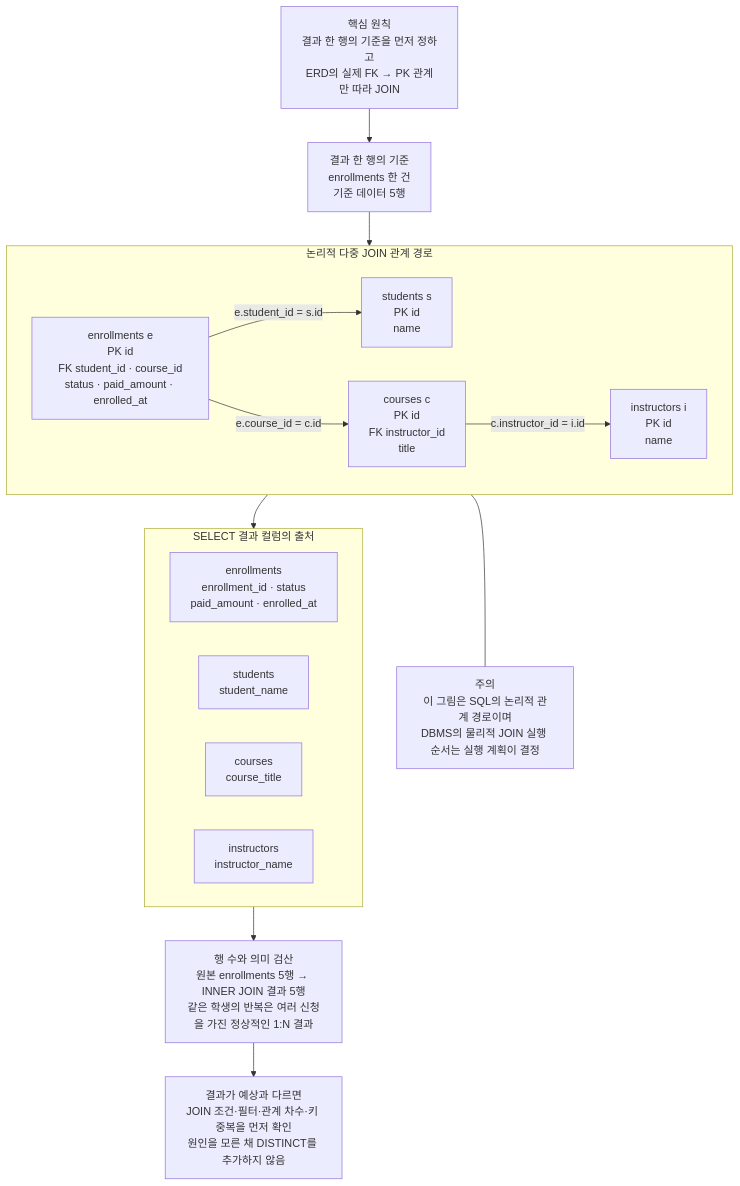
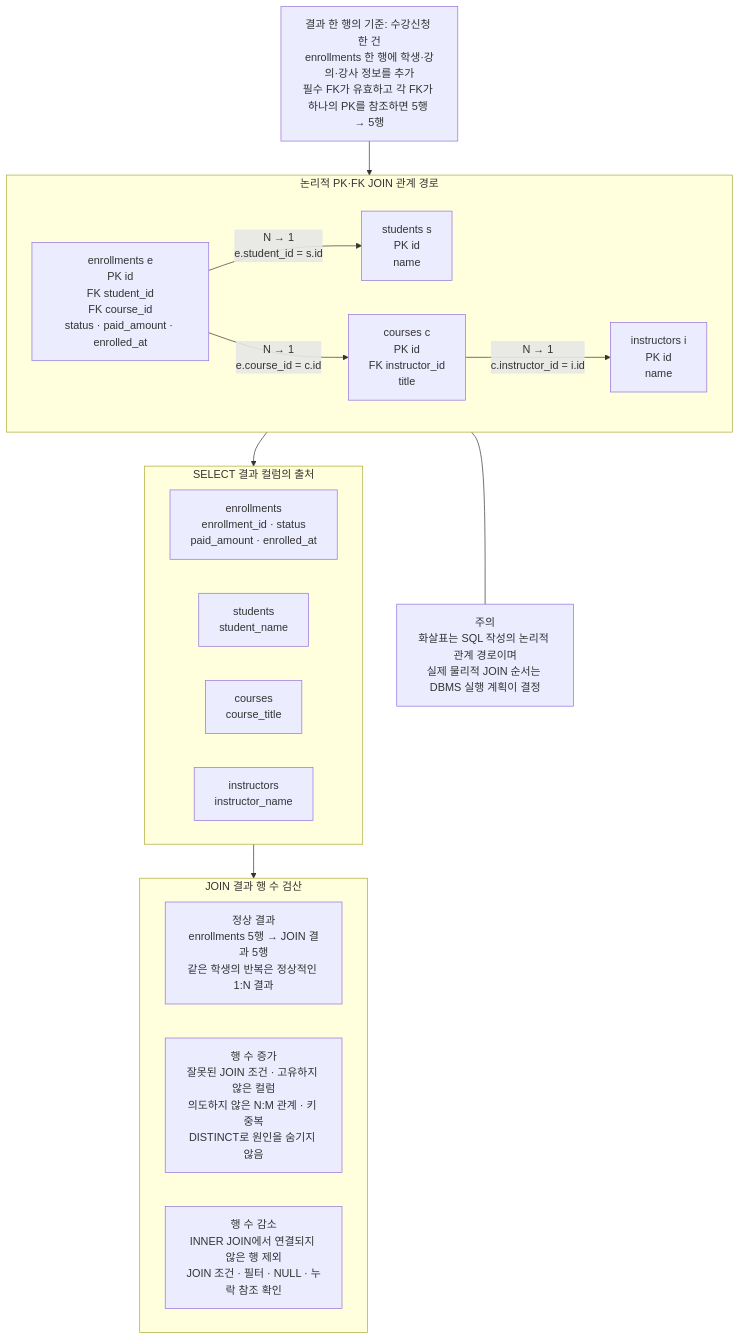
One commit to GilbertMoon/ai-database-book changed the diagram in images/chapter08/ch08_03_multi_table_join_path.mmd. Above: the diagram before and after it, drawn with Mermaid.

Commit message:
Sync Mermaid source for JOIN path diagram

```diff
--- a/images/chapter08/ch08_03_multi_table_join_path.mmd
+++ b/images/chapter08/ch08_03_multi_table_join_path.mmd
@@ -1,35 +1,36 @@
 flowchart TB
-    P["핵심 원칙<br/>결과 한 행의 기준을 먼저 정하고<br/>ERD의 실제 FK → PK 관계만 따라 JOIN"]
+    G["결과 한 행의 기준: 수강신청 한 건<br/>enrollments 한 행에 학생·강의·강사 정보를 추가<br/>필수 FK가 유효하고 각 FK가 하나의 PK를 참조하면 5행 → 5행"]
 
-    G["결과 한 행의 기준<br/>enrollments 한 건<br/>기준 데이터 5행"]
-
-    subgraph PATH[논리적 다중 JOIN 관계 경로]
+    subgraph PATH[논리적 PK·FK JOIN 관계 경로]
         direction LR
         S["students s<br/>PK id<br/>name"]
-        E["enrollments e<br/>PK id<br/>FK student_id · course_id<br/>status · paid_amount · enrolled_at"]
+        E["enrollments e<br/>PK id<br/>FK student_id<br/>FK course_id<br/>status · paid_amount · enrolled_at"]
         C["courses c<br/>PK id<br/>FK instructor_id<br/>title"]
         I["instructors i<br/>PK id<br/>name"]
 
-        E -->|"e.student_id = s.id"| S
-        E -->|"e.course_id = c.id"| C
-        C -->|"c.instructor_id = i.id"| I
+        E -->|"N → 1<br/>e.student_id = s.id"| S
+        E -->|"N → 1<br/>e.course_id = c.id"| C
+        C -->|"N → 1<br/>c.instructor_id = i.id"| I
     end
 
     subgraph COLS[SELECT 결과 컬럼의 출처]
         direction LR
         CE["enrollments<br/>enrollment_id · status<br/>paid_amount · enrolled_at"]
         CS["students<br/>student_name"]
         CC["courses<br/>course_title"]
         CI["instructors<br/>instructor_name"]
     end
 
-    V["행 수와 의미 검산<br/>원본 enrollments 5행 → INNER JOIN 결과 5행<br/>같은 학생의 반복은 여러 신청을 가진 정상적인 1:N 결과"]
-    W["결과가 예상과 다르면<br/>JOIN 조건·필터·관계 차수·키 중복을 먼저 확인<br/>원인을 모른 채 DISTINCT를 추가하지 않음"]
-    N["주의<br/>이 그림은 SQL의 논리적 관계 경로이며<br/>DBMS의 물리적 JOIN 실행 순서는 실행 계획이 결정"]
+    subgraph CHECK[JOIN 결과 행 수 검산]
+        direction LR
+        V["정상 결과<br/>enrollments 5행 → JOIN 결과 5행<br/>같은 학생의 반복은 정상적인 1:N 결과"]
+        UP["행 수 증가<br/>잘못된 JOIN 조건 · 고유하지 않은 컬럼<br/>의도하지 않은 N:M 관계 · 키 중복<br/>DISTINCT로 원인을 숨기지 않음"]
+        DOWN["행 수 감소<br/>INNER JOIN에서 연결되지 않은 행 제외<br/>JOIN 조건 · 필터 · NULL · 누락 참조 확인"]
+    end
 
-    P --> G
+    N["주의<br/>화살표는 SQL 작성의 논리적 관계 경로이며<br/>실제 물리적 JOIN 순서는 DBMS 실행 계획이 결정"]
+
     G --> E
     PATH --> COLS
-    COLS --> V
-    V --> W
+    COLS --> CHECK
     PATH --- N
```
